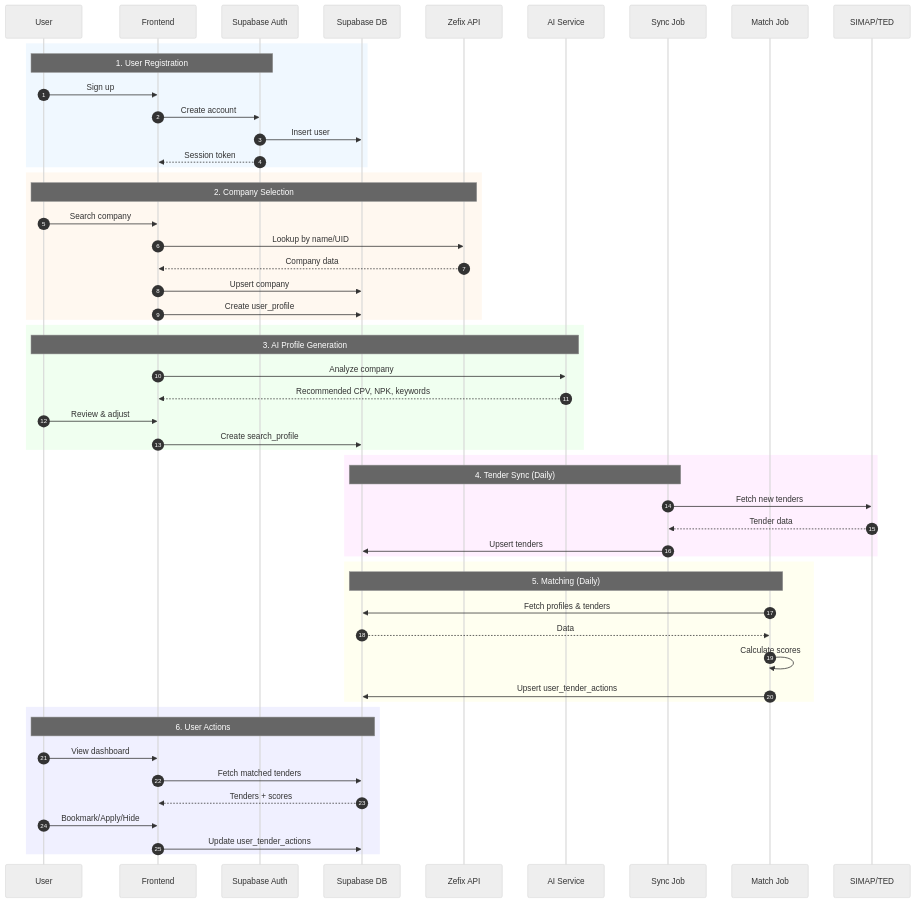
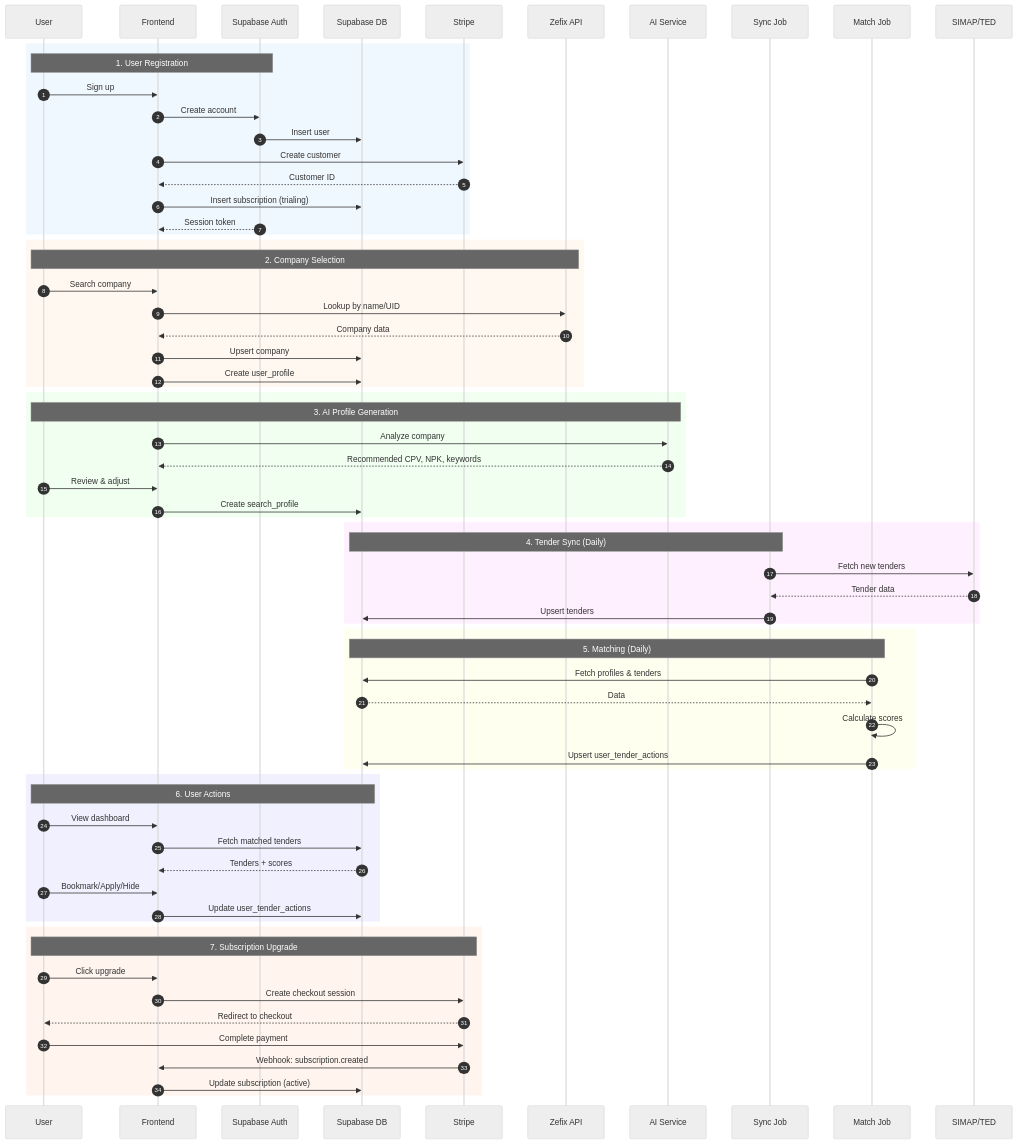
Before and after one commit to davras5/tender-scout: the fourth of 5 diagrams in documentation/DATABASE.md, drawn with Mermaid (neutral theme). The commit also changed other lines of this file, not shown here.

````diff
--- a/documentation/DATABASE.md
+++ b/documentation/DATABASE.md
@@ -706,6 +722,7 @@
     participant Frontend
     participant Auth as Supabase Auth
     participant DB as Supabase DB
+    participant Stripe
     participant Zefix as Zefix API
     participant AI as AI Service
     participant Sync as Sync Job
@@ -718,6 +735,9 @@
         User->>Frontend: Sign up
         Frontend->>Auth: Create account
         Auth->>DB: Insert user
+        Frontend->>Stripe: Create customer
+        Stripe-->>Frontend: Customer ID
+        Frontend->>DB: Insert subscription (trialing)
         Auth-->>Frontend: Session token
     end
 
@@ -766,4 +786,15 @@
         User->>Frontend: Bookmark/Apply/Hide
         Frontend->>DB: Update user_tender_actions
     end
+
+    %% Subscription Upgrade (Optional)
+    rect rgb(255, 245, 238)
+        Note over User,Stripe: 7. Subscription Upgrade
+        User->>Frontend: Click upgrade
+        Frontend->>Stripe: Create checkout session
+        Stripe-->>User: Redirect to checkout
+        User->>Stripe: Complete payment
+        Stripe->>Frontend: Webhook: subscription.created
+        Frontend->>DB: Update subscription (active)
+    end
 ```
````
